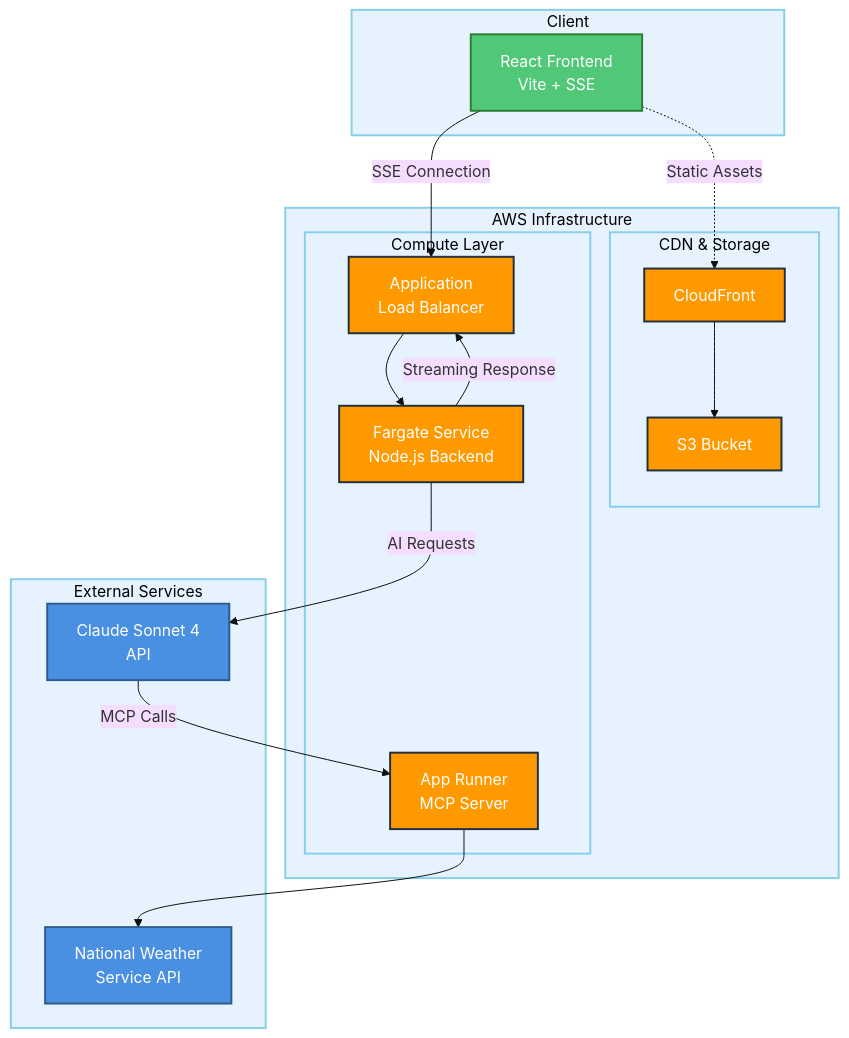
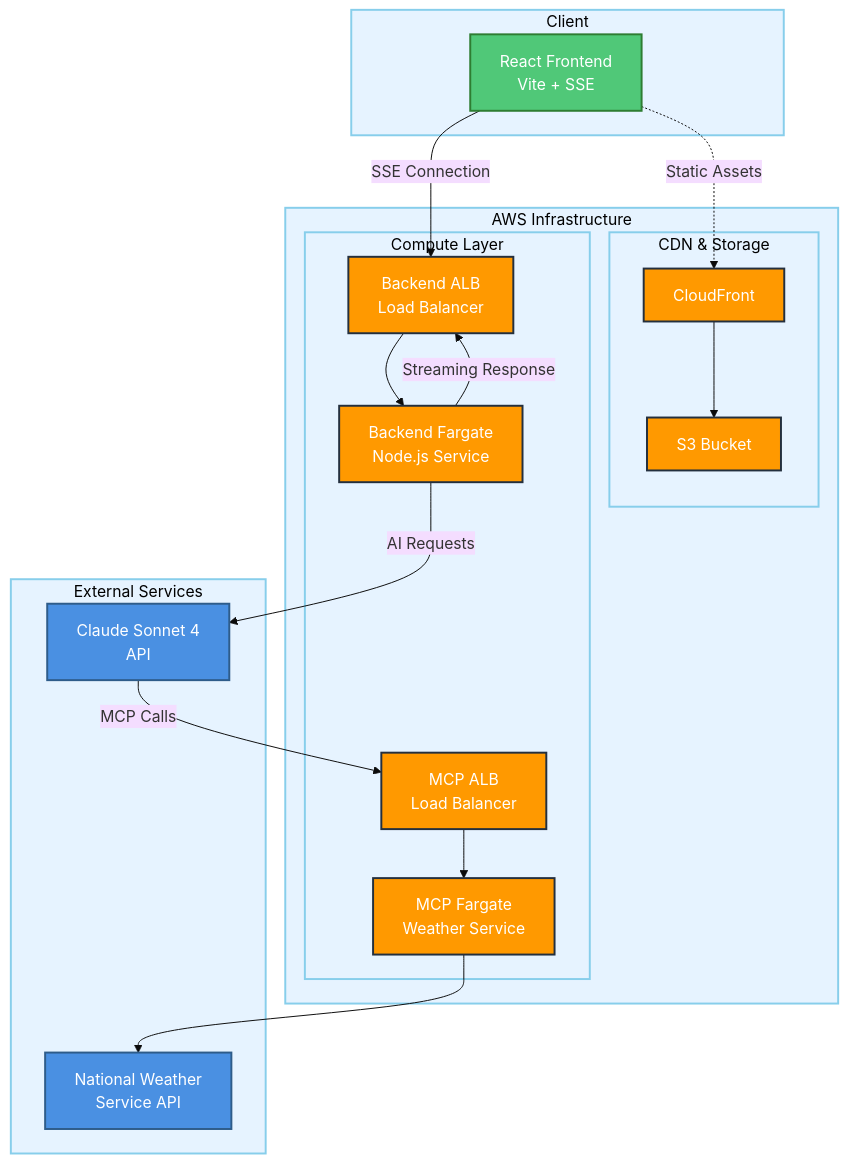
Before and after one commit to bodhiprice/chatbot-mcp-demo: the diagram in README.md, drawn with Mermaid (base theme). The commit also changed other lines of this file and 3 other files, not shown here.

Commit message:
provide fargate or apprunner options

````diff
--- a/README.md
+++ b/README.md
@@ -127,43 +153,45 @@
 ```mermaid
 flowchart TB
     subgraph Client [Client]
         UI[React Frontend<br/>Vite + SSE]
     end
 
     subgraph AWS [AWS Infrastructure]
         subgraph CDN [CDN & Storage]
             CF[CloudFront]
             S3[S3 Bucket]
         end
 
         subgraph Compute [Compute Layer]
-            ALB[Application<br/>Load Balancer]
-            FARGATE[Fargate Service<br/>Node.js Backend]
-            APPRUNNER[App Runner<br/>MCP Server]
+            ALB1[Backend ALB<br/>Load Balancer]
+            FARGATE1[Backend Fargate<br/>Node.js Service]
+            ALB2[MCP ALB<br/>Load Balancer]
+            FARGATE2[MCP Fargate<br/>Weather Service]
         end
     end
 
     subgraph External [External Services]
         CLAUDE[Claude Sonnet 4<br/>API]
         WEATHER[National Weather<br/>Service API]
     end
 
     UI -.->|Static Assets| CF
     CF --> S3
-    UI -->|SSE Connection| ALB
-    ALB --> FARGATE
-    FARGATE -->|Streaming Response| ALB
-    FARGATE -->|AI Requests| CLAUDE
-    CLAUDE -->|MCP Calls| APPRUNNER
-    APPRUNNER --> WEATHER
+    UI -->|SSE Connection| ALB1
+    ALB1 --> FARGATE1
+    FARGATE1 -->|Streaming Response| ALB1
+    FARGATE1 -->|AI Requests| CLAUDE
+    CLAUDE -->|MCP Calls| ALB2
+    ALB2 --> FARGATE2
+    FARGATE2 --> WEATHER
 
     classDef aws fill:#FF9900,stroke:#232F3E,stroke-width:2px,color:#fff
     classDef external fill:#4A90E2,stroke:#2E5C8A,stroke-width:2px,color:#fff
     classDef client fill:#50C878,stroke:#2E7D32,stroke-width:2px,color:#fff
     classDef container fill:#E6F3FF,stroke:#87CEEB,stroke-width:2px,color:#000
 
-    class CF,S3,ALB,FARGATE,APPRUNNER aws
+    class CF,S3,ALB1,FARGATE1,ALB2,FARGATE2 aws
     class CLAUDE,WEATHER external
     class UI client
     class Client,AWS,CDN,Compute,External container
 ```
````
